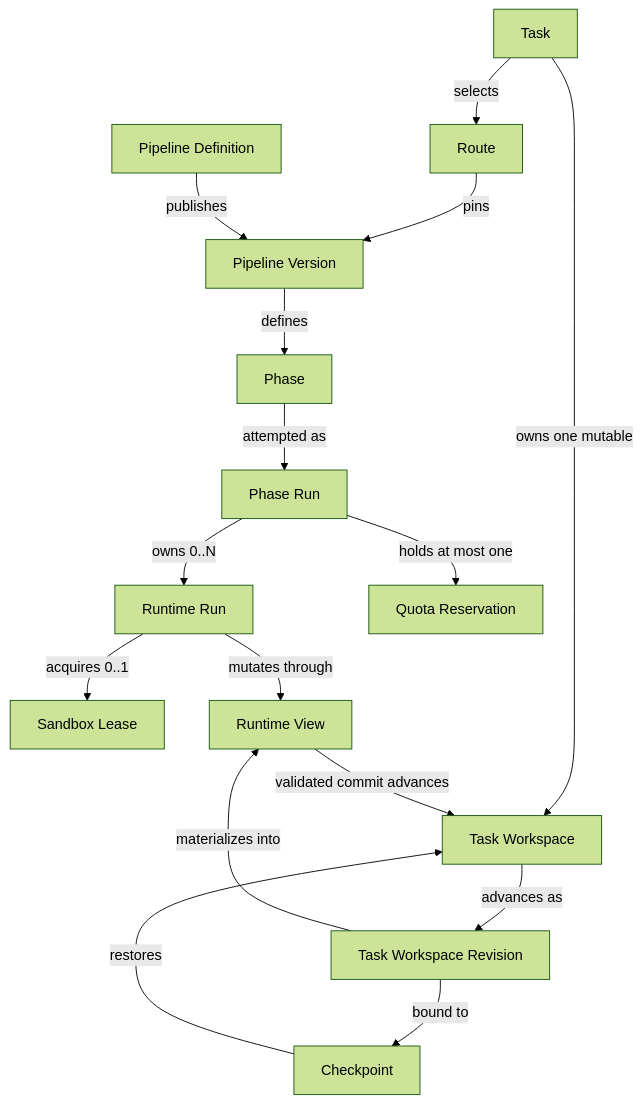
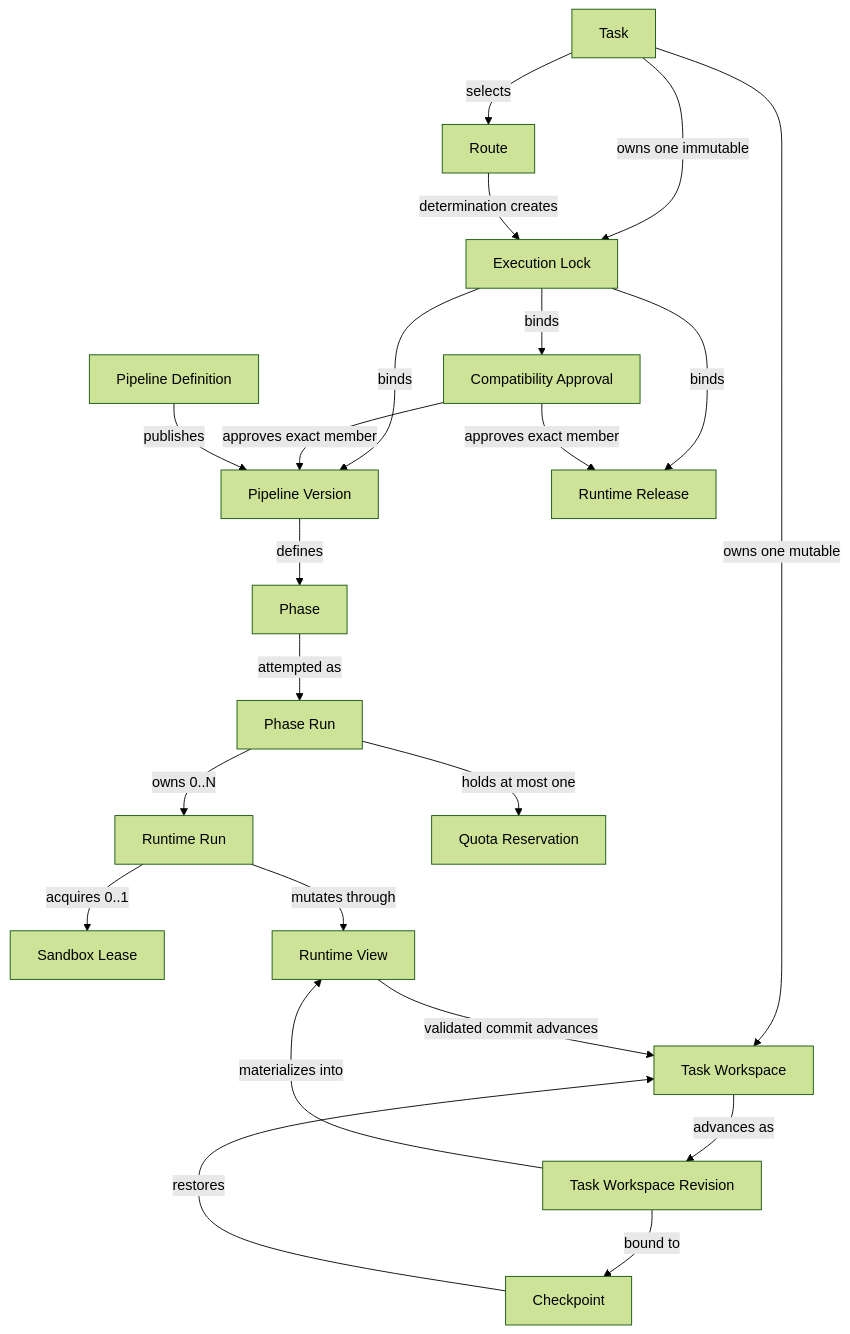
Before and after one commit to Vt00ls/SlideSmith: the second of 6 diagrams in docs/architecture/enterprise-domain-model.md, drawn with Mermaid (forest theme). The commit also changed other lines of this file and 7 other files, not shown here.

Commit message:
docs: define runtime and pipeline release contracts

````diff
--- a/docs/architecture/enterprise-domain-model.md
+++ b/docs/architecture/enterprise-domain-model.md
@@ -29,18 +29,24 @@
 ```mermaid
 flowchart TD
     Task -->|selects| Route
-    Route -->|pins| PipelineVersion[Pipeline Version]
+    Task -->|owns one immutable| ExecutionLock[Execution Lock]
+    Route -->|determination creates| ExecutionLock
+    ExecutionLock -->|binds| PipelineVersion[Pipeline Version]
+    ExecutionLock -->|binds| RuntimeRelease[Runtime Release]
+    ExecutionLock -->|binds| CompatibilityApproval[Compatibility Approval]
+    CompatibilityApproval -->|approves exact member| PipelineVersion
+    CompatibilityApproval -->|approves exact member| RuntimeRelease
     PipelineDefinition[Pipeline Definition] -->|publishes| PipelineVersion
     PipelineVersion -->|defines| Phase
     Phase -->|attempted as| PhaseRun[Phase Run]
     PhaseRun -->|owns 0..N| RuntimeRun[Runtime Run]
     PhaseRun -->|holds at most one| QuotaReservation[Quota Reservation]
     RuntimeRun -->|acquires 0..1| SandboxLease[Sandbox Lease]
     RuntimeRun -->|mutates through| RuntimeView[Runtime View]
     Task -->|owns one mutable| TaskWorkspace[Task Workspace]
     TaskWorkspace -->|advances as| WorkspaceRevision[Task Workspace Revision]
     WorkspaceRevision -->|materializes into| RuntimeView
     RuntimeView -->|validated commit advances| TaskWorkspace
     WorkspaceRevision -->|bound to| Checkpoint
     Checkpoint -->|restores| TaskWorkspace
 ```
````
